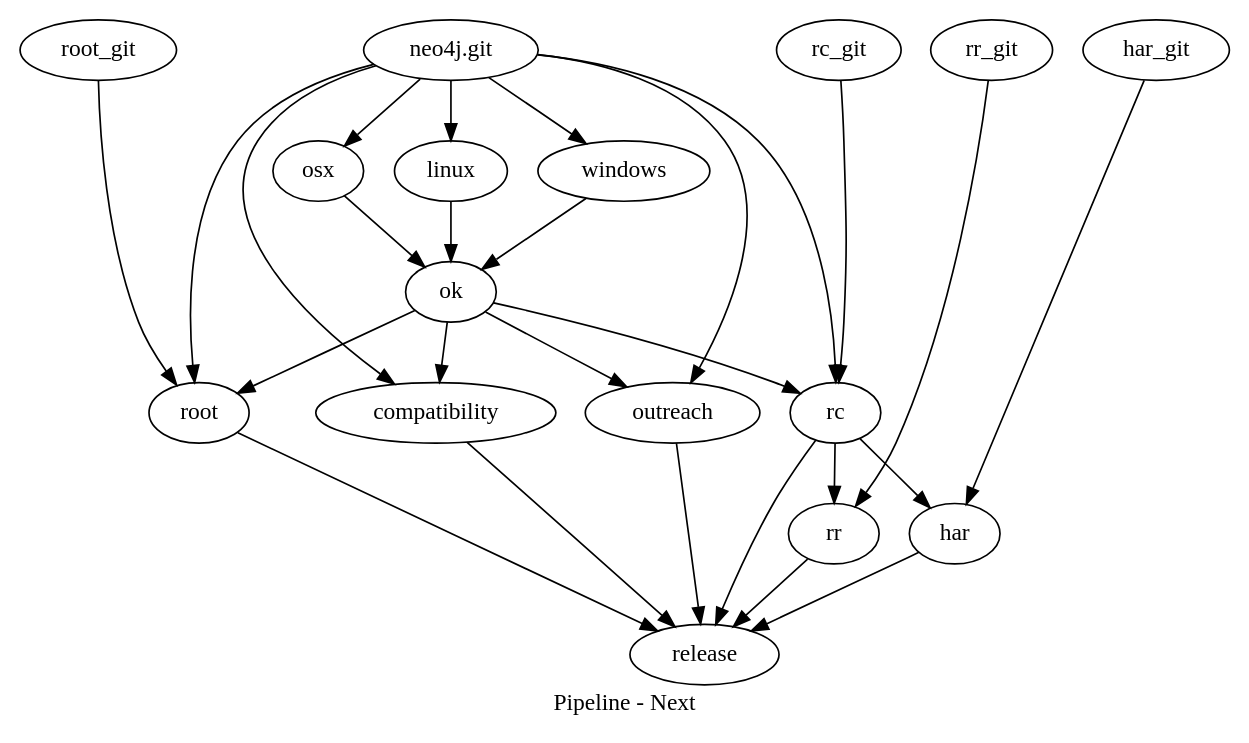
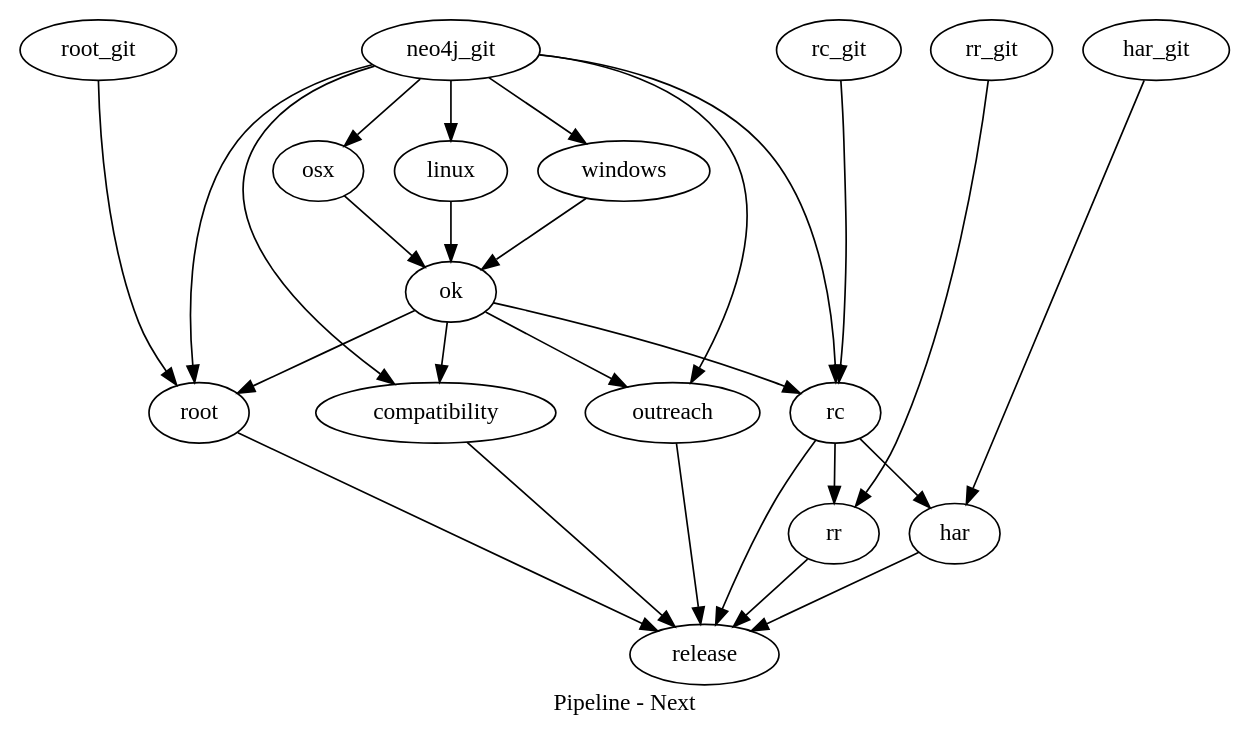
Before and after one commit to benbc/neo4j-misc: the diagram in pipeline-next.dot, drawn with Graphviz. The commit also changed 2 other files, not shown here.

Commit message:
Back out half-hearted attempt to label repos nicely.

```diff
--- a/pipeline-next.dot
+++ b/pipeline-next.dot
@@ -1,28 +1,28 @@
 digraph PipelineNext {
   label = "Pipeline - Next";
   subgraph {
     rank = "source";
-    neo4j_git [label="neo4j.git"];
+    neo4j_git;
     rc_git;
     har_git;
     rr_git;
     root_git;
   }
   subgraph {
     rank = "sink";
     release;
   }
 
   neo4j_git -> {linux windows osx outreach compatibility rc root};
 
   rc_git -> rc;
   rr_git -> rr;
   har_git -> har;
   root_git -> root;
 
   {linux windows osx} -> ok -> {rc outreach compatibility root};
 
   rc -> {har rr};
 
   {rc root outreach compatibility rr har} -> release;
 }
```
